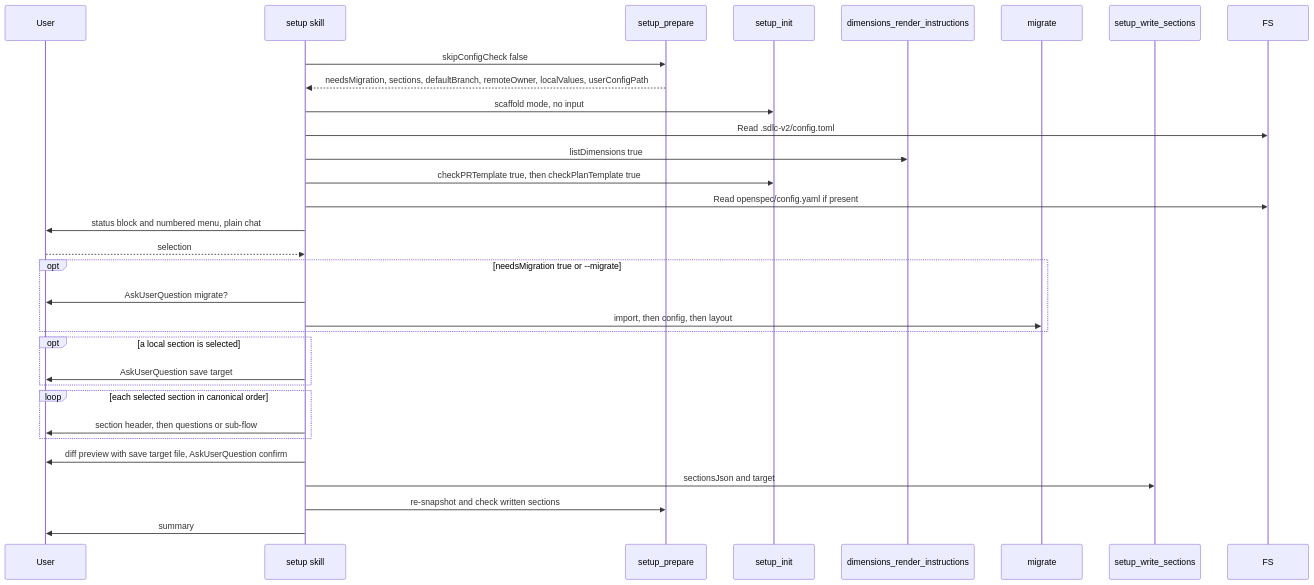
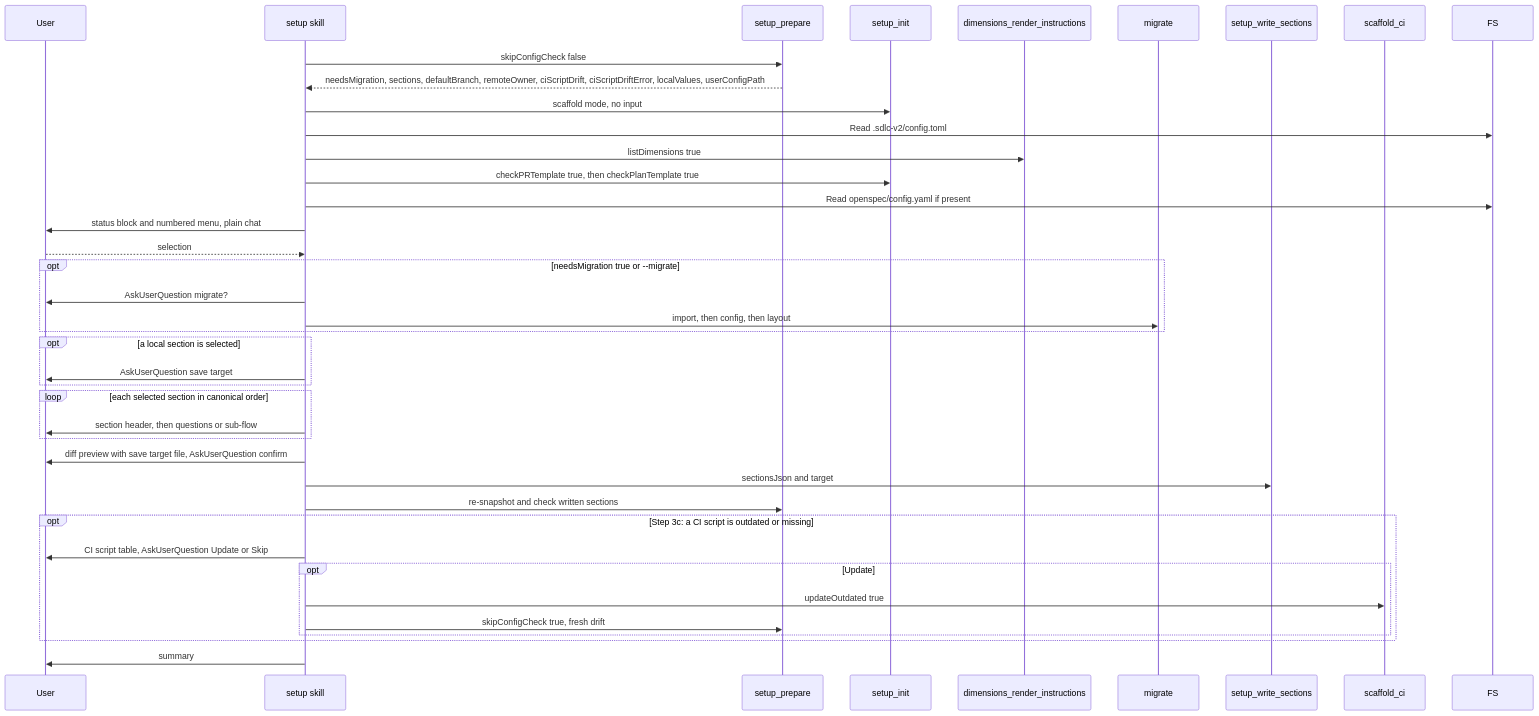
The first of 2 diagrams in openspec/specs/skill-setup/spec.md (rnagrodzki/sdlc-plugin), drawn with Mermaid before and after one commit. The commit also changed other lines of this file and 38 other files, not shown here.

````diff
--- a/openspec/specs/skill-setup/spec.md
+++ b/openspec/specs/skill-setup/spec.md
@@ -23,34 +23,42 @@
 ```mermaid
 sequenceDiagram
     participant User
     participant Skill as setup skill
     participant P as setup_prepare
     participant I as setup_init
     participant D as dimensions_render_instructions
     participant M as migrate
     participant W as setup_write_sections
+    participant S as scaffold_ci
     participant FS
     Skill->>P: skipConfigCheck false
-    P-->>Skill: needsMigration, sections, defaultBranch, remoteOwner, localValues, userConfigPath
+    P-->>Skill: needsMigration, sections, defaultBranch, remoteOwner, ciScriptDrift, ciScriptDriftError, localValues, userConfigPath
     Skill->>I: scaffold mode, no input
     Skill->>FS: Read .sdlc-v2/config.toml
     Skill->>D: listDimensions true
     Skill->>I: checkPRTemplate true, then checkPlanTemplate true
     Skill->>FS: Read openspec/config.yaml if present
     Skill->>User: status block and numbered menu, plain chat
     User-->>Skill: selection
     opt needsMigration true or --migrate
         Skill->>User: AskUserQuestion migrate?
         Skill->>M: import, then config, then layout
     end
     opt a local section is selected
         Skill->>User: AskUserQuestion save target
     end
     loop each selected section in canonical order
         Skill->>User: section header, then questions or sub-flow
     end
     Skill->>User: diff preview with save target file, AskUserQuestion confirm
     Skill->>W: sectionsJson and target
     Skill->>P: re-snapshot and check written sections
+    opt Step 3c: a CI script is outdated or missing
+        Skill->>User: CI script table, AskUserQuestion Update or Skip
+        opt Update
+            Skill->>S: updateOutdated true
+            Skill->>P: skipConfigCheck true, fresh drift
+        end
+    end
     Skill->>User: summary
 ```
````
